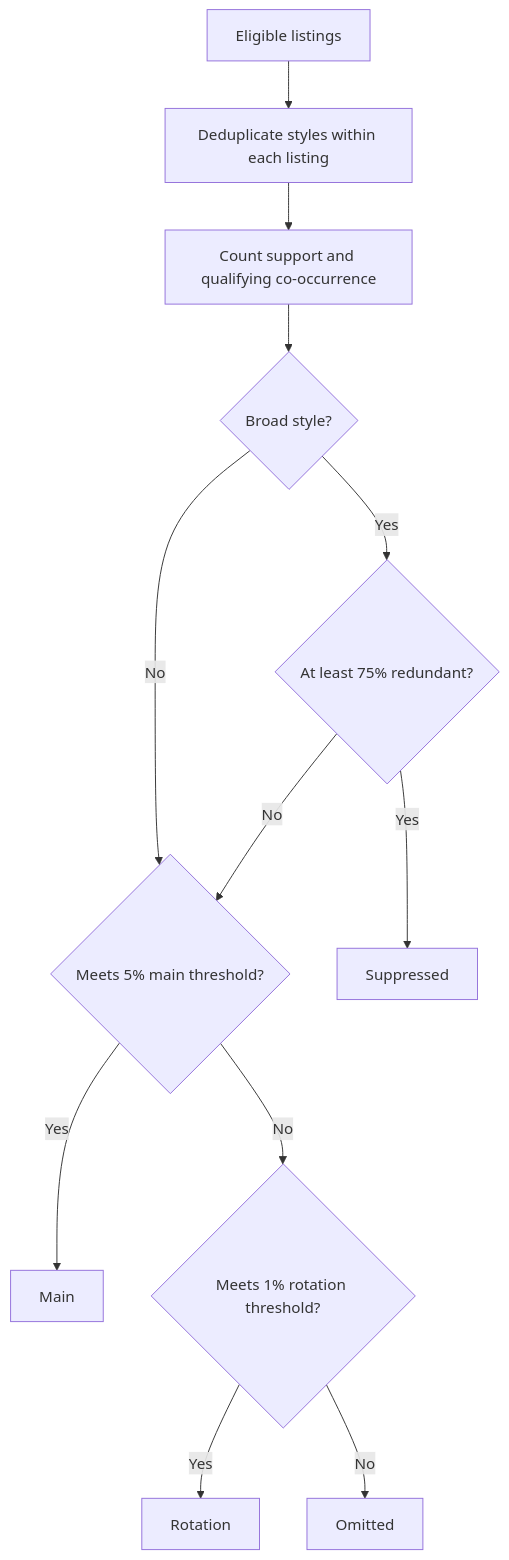
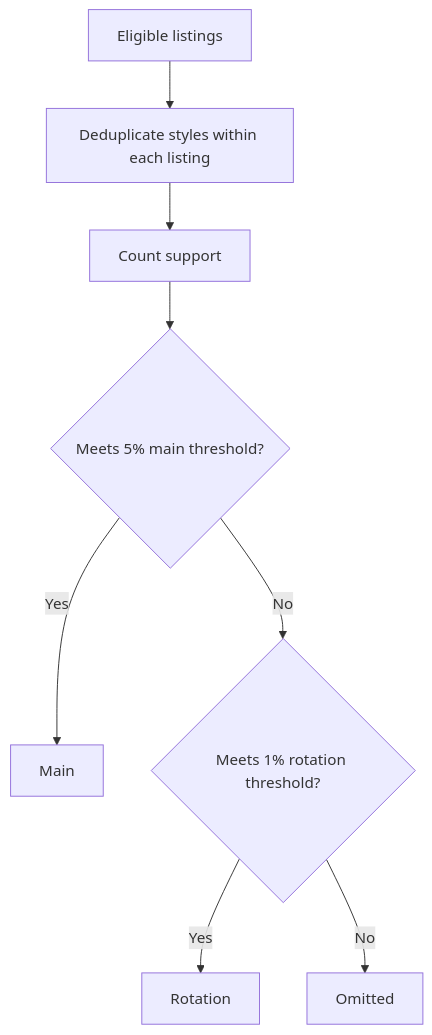
Before and after one commit to body-clock/milkcrate: the first of 2 diagrams in docs/plans/2026-06-07-002-feat-style-selection-plan.md, drawn with Mermaid. The commit also changed other lines of this file, not shown here.

Commit message:
docs: update plan to reflect removal of broad-style suppression

````diff
--- a/docs/plans/2026-06-07-002-feat-style-selection-plan.md
+++ b/docs/plans/2026-06-07-002-feat-style-selection-plan.md
@@ -88,14 +89,10 @@
 ```mermaid
 flowchart TB
   A[Eligible listings] --> B[Deduplicate styles within each listing]
-  B --> C[Count support and qualifying co-occurrence]
-  C --> D{Broad style?}
-  D -->|No| F{Meets 5% main threshold?}
-  D -->|Yes| E{At least 75% redundant?}
-  E -->|Yes| S[Suppressed]
-  E -->|No| F
+  B --> C[Count support]
+  C --> F{Meets 5% main threshold?}
   F -->|Yes| M[Main]
   F -->|No| G{Meets 1% rotation threshold?}
   G -->|Yes| R[Rotation]
   G -->|No| O[Omitted]
 ```
````
